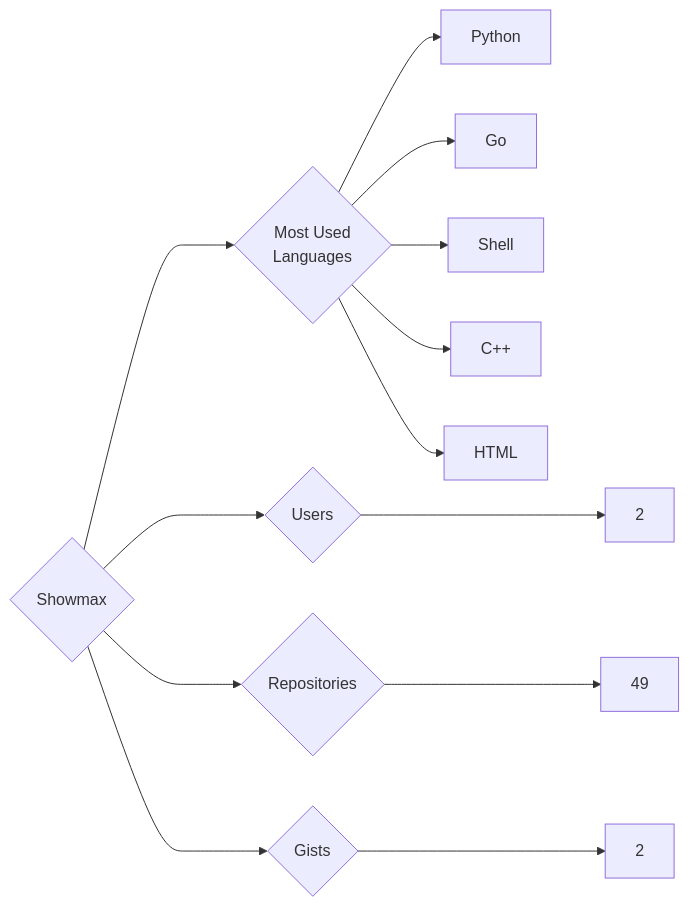
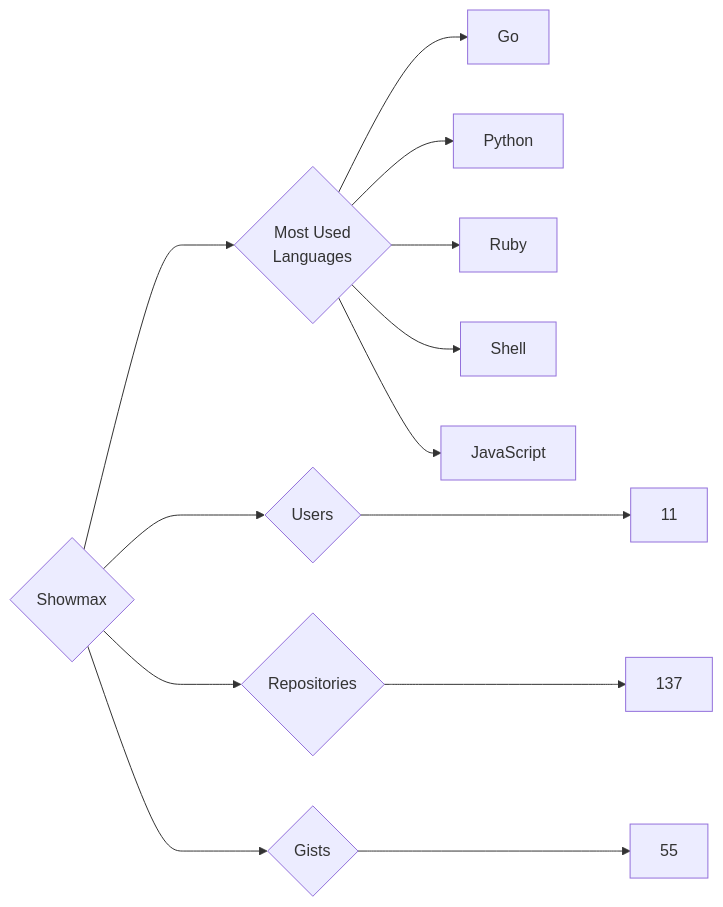
Before and after one commit to trickest/insiders: the diagram in targets/Showmax/README.md, drawn with Mermaid. The commit also changed 912 other files, not shown here.

````diff
--- a/targets/Showmax/README.md
+++ b/targets/Showmax/README.md
@@ -3,13 +3,13 @@
 ```mermaid
 graph LR
 COMPANY_NAME{Showmax}
-COMPANY_NAME ---> U{Users} ---> UN[2]
-COMPANY_NAME ---> R{Repositories} ---> RN[49]
-COMPANY_NAME ---> G{Gists} ---> GN[2]
+COMPANY_NAME ---> U{Users} ---> UN[11]
+COMPANY_NAME ---> R{Repositories} ---> RN[137]
+COMPANY_NAME ---> G{Gists} ---> GN[55]
 COMPANY_NAME ---> ML{Most Used<br>Languages}
+ML --> Go[Go]
 ML --> Python[Python]
-ML --> Go[Go]
+ML --> Ruby[Ruby]
 ML --> Shell[Shell]
-ML --> C++[C++]
-ML --> HTML[HTML]
+ML --> JavaScript[JavaScript]
 ```
````
